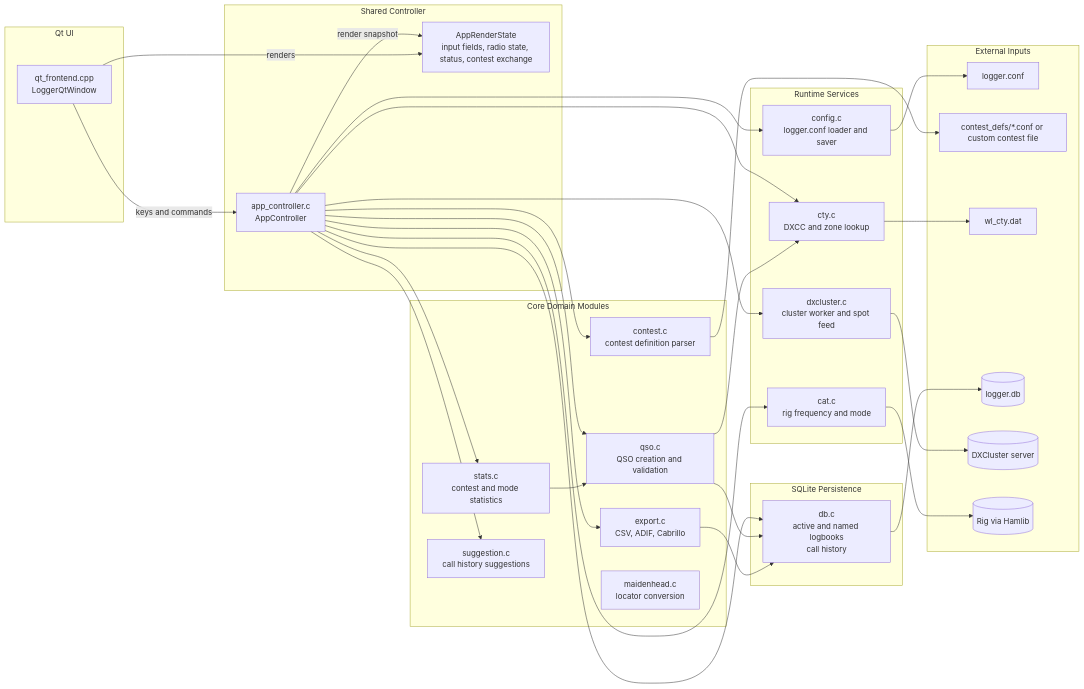
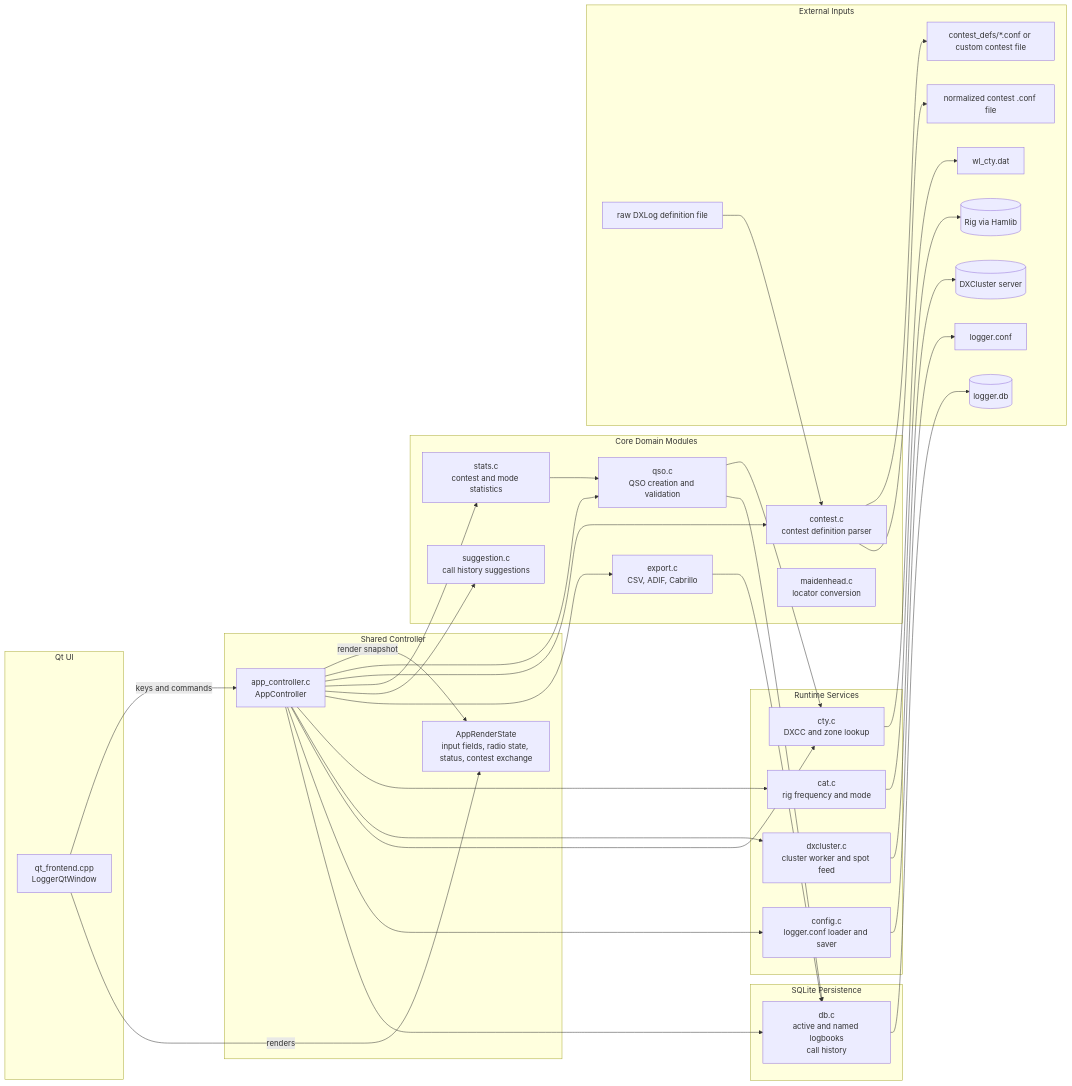
One commit to darvark/lcl changed the diagram in README.md. Above: the diagram before and after it, drawn with Mermaid. The commit also changed other lines of this file and 19 other files, not shown here.

````diff
--- a/README.md
+++ b/README.md
@@ -17,64 +17,68 @@
 ```mermaid
 flowchart LR
 	subgraph UI[Qt UI]
 		Qt[qt_frontend.cpp\nLoggerQtWindow]
 	end
 
 	subgraph Controller[Shared Controller]
 		App[app_controller.c\nAppController]
 		State[AppRenderState\ninput fields, radio state, status, contest exchange]
 	end
 
 	subgraph Core[Core Domain Modules]
 		QSO[qso.c\nQSO creation and validation]
 		Contest[contest.c\ncontest definition parser]
 		Stats[stats.c\ncontest and mode statistics]
 		Suggestion[suggestion.c\ncall history suggestions]
 		Export[export.c\nCSV, ADIF, Cabrillo]
 		Maidenhead[maidenhead.c\nlocator conversion]
 	end
 
 	subgraph Services[Runtime Services]
 		CAT[cat.c\nrig frequency and mode]
 		DXC[dxcluster.c\ncluster worker and spot feed]
 		CTY[cty.c\nDXCC and zone lookup]
 		Config[config.c\nlogger.conf loader and saver]
 	end
 
 	subgraph Persistence[SQLite Persistence]
 		DB[db.c\nactive and named logbooks\ncall history]
 	end
 
 	subgraph External[External Inputs]
 		Conf[logger.conf]
 		ContestDefs[contest_defs/*.conf or custom contest file]
+		DXLogRaw[raw DXLog definition file]
+		ImportedDef[normalized contest .conf file]
 		CTYFile[wl_cty.dat]
 		SQLite[(logger.db)]
 		Cluster[(DXCluster server)]
 		Rig[(Rig via Hamlib)]
 	end
 
 	Qt -->|keys and commands| App
 	App -->|render snapshot| State
 	Qt -->|renders| State
 	App --> QSO
 	App --> Contest
 	App --> Stats
 	App --> Suggestion
 	App --> Export
 	App --> CAT
 	App --> DXC
 	App --> CTY
 	App --> Config
 	App --> DB
 	QSO --> CTY
 	QSO --> DB
 	Stats --> QSO
 	Export --> DB
 	Config --> Conf
 	Contest --> ContestDefs
+	Contest --> ImportedDef
+	DXLogRaw --> Contest
 	CTY --> CTYFile
 	DB --> SQLite
 	DXC --> Cluster
 	CAT --> Rig
 ```
````
